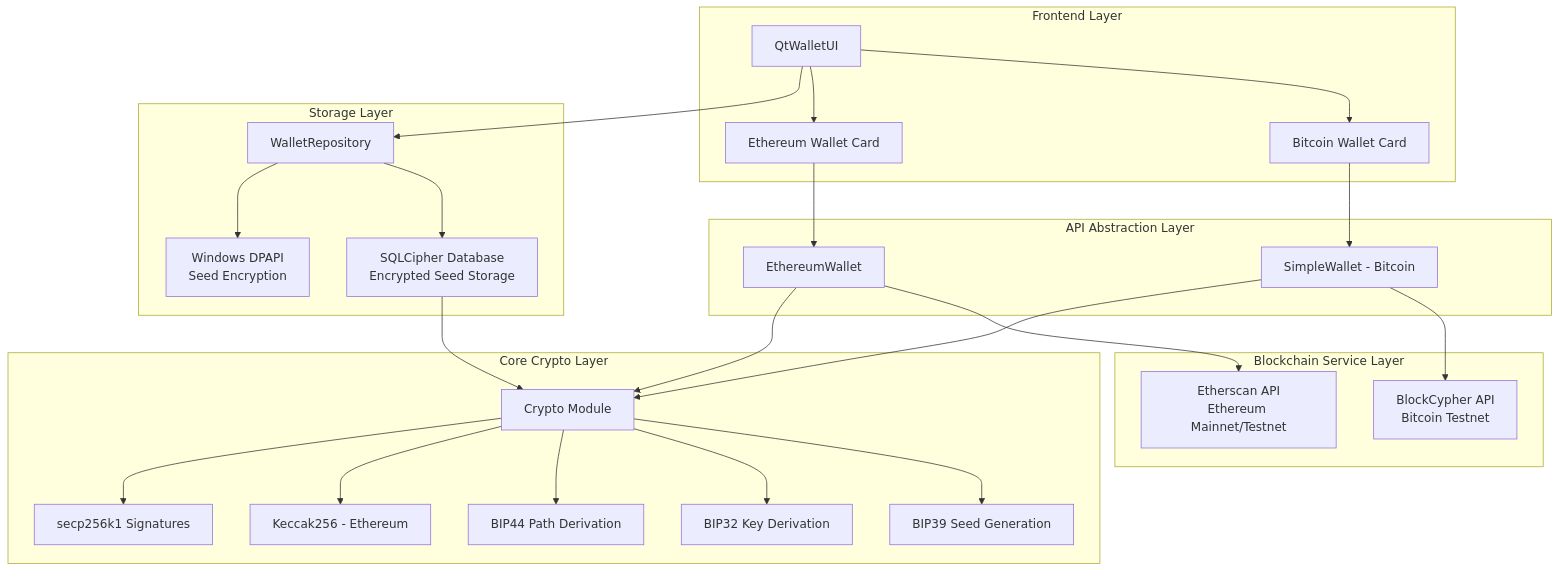
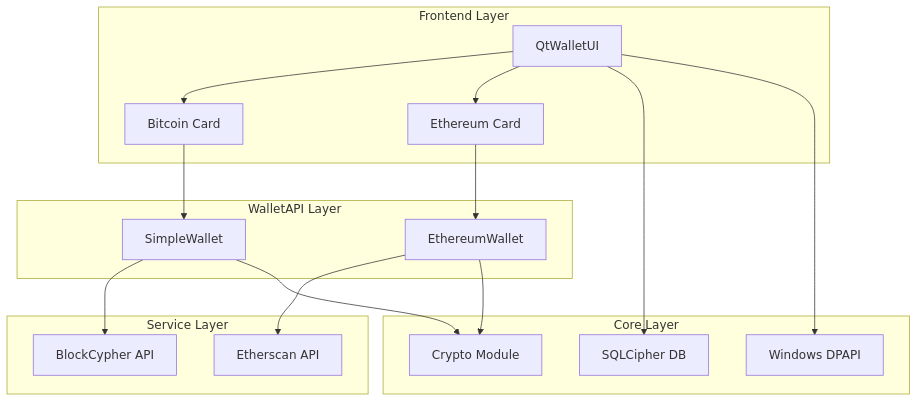
Before and after one commit to erickherrera/CriptoGualet: the diagram in ProjectGuides/MULTI_CHAIN_ARCHITECTURE.md, drawn with Mermaid. The commit also changed other lines of this file and 1 other file, not shown here.

Commit message:
Merge of multichain architecture

````diff
--- a/ProjectGuides/MULTI_CHAIN_ARCHITECTURE.md
+++ b/ProjectGuides/MULTI_CHAIN_ARCHITECTURE.md
@@ -35,55 +75,32 @@
 ```mermaid
 graph TB
     subgraph "Frontend Layer"
         UI[QtWalletUI]
-        BTCCard[Bitcoin Wallet Card]
-        ETHCard[Ethereum Wallet Card]
+        BTCCard[Bitcoin Card]
+        ETHCard[Ethereum Card]
     end
 
-    subgraph "API Abstraction Layer"
-        BTCWallet[SimpleWallet - Bitcoin]
+    subgraph "WalletAPI Layer"
+        BTCWallet[SimpleWallet]
         ETHWallet[EthereumWallet]
     end
 
-    subgraph "Blockchain Service Layer"
-        BlockCypher[BlockCypher API<br/>Bitcoin Testnet]
-        Etherscan[Etherscan API<br/>Ethereum Mainnet/Testnet]
+    subgraph "Service Layer"
+        BlockCypher[BlockCypher API]
+        Etherscan[Etherscan API]
     end
 
-    subgraph "Core Crypto Layer"
+    subgraph "Core Layer"
         Crypto[Crypto Module]
-        BIP39[BIP39 Seed Generation]
-        BIP32[BIP32 Key Derivation]
-        BIP44[BIP44 Path Derivation]
-        Keccak[Keccak256 - Ethereum]
-        secp256k1[secp256k1 Signatures]
+        DB[SQLCipher DB]
+        DPAPI[Windows DPAPI]
     end
 
-    subgraph "Storage Layer"
-        DPAPI[Windows DPAPI<br/>Seed Encryption]
-        Database[SQLCipher Database<br/>Encrypted Seed Storage]
-        WalletRepo[WalletRepository]
-    end
-
-    UI --> BTCCard
-    UI --> ETHCard
+    UI --> BTCCard & ETHCard
     BTCCard --> BTCWallet
     ETHCard --> ETHWallet
     BTCWallet --> BlockCypher
     ETHWallet --> Etherscan
-
-    BTCWallet --> Crypto
-    ETHWallet --> Crypto
-
-    Crypto --> BIP39
-    Crypto --> BIP32
-    Crypto --> BIP44
-    Crypto --> Keccak
-    Crypto --> secp256k1
-
-    UI --> WalletRepo
-    WalletRepo --> Database
-    WalletRepo --> DPAPI
-
-    Database --> Crypto
+    BTCWallet & ETHWallet --> Crypto
+    UI --> DB & DPAPI
 ```
````
